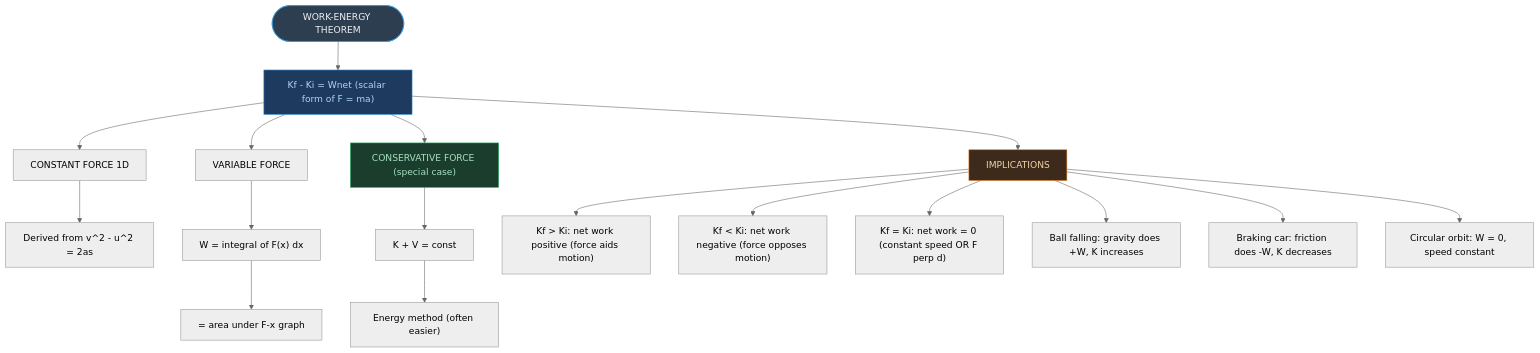
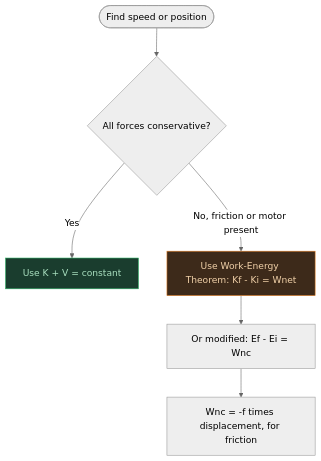
Before and after one commit to fsr-science/NCERT-Science: the eighth of 8 diagrams in AI-NOTES/PHYSICS/PHYSICS05-WORK_ENERGY_AND_POWER/PHYSICS05-WORK_ENERGY_AND_POWER-CNOTES.md, drawn with Mermaid (neutral theme). The commit also changed other lines of this file and 3 other files, not shown here.

````diff
--- a/AI-NOTES/PHYSICS/PHYSICS05-WORK_ENERGY_AND_POWER/PHYSICS05-WORK_ENERGY_AND_POWER-CNOTES.md
+++ b/AI-NOTES/PHYSICS/PHYSICS05-WORK_ENERGY_AND_POWER/PHYSICS05-WORK_ENERGY_AND_POWER-CNOTES.md
@@ -326,30 +498,11 @@
 ```mermaid
 flowchart TD
-    ROOT(["WORK-ENERGY THEOREM"])
-    ROOT --> STMT["Kf - Ki = Wnet (scalar form of F = ma)"]
+    A(["Find speed or position"]) --> B{"All forces conservative?"}
+    B -->|Yes| C["Use K + V = constant"]
+    B -->|"No, friction or motor present"| D["Use Work-Energy Theorem: Kf - Ki = Wnet"]
+    D --> D2["Or modified: Ef - Ei = Wnc"]
+    D2 --> D3["Wnc = -f times displacement, for friction"]
 
-    STMT --> CONST["CONSTANT FORCE 1D"]
-    STMT --> VAR["VARIABLE FORCE"]
-    STMT --> CONSV["CONSERVATIVE FORCE (special case)"]
-
-    CONST --> CONST1["Derived from v^2 - u^2 = 2as"]
-
-    VAR --> VAR1["W = integral of F(x) dx"]
-    VAR1 --> VAR2["= area under F-x graph"]
-
-    CONSV --> CONSV1["K + V = const"]
-    CONSV1 --> CONSV2["Energy method (often easier)"]
-
-    STMT --> IMP["IMPLICATIONS"]
-    IMP --> IMP1["Kf > Ki: net work positive (force aids motion)"]
-    IMP --> IMP2["Kf < Ki: net work negative (force opposes motion)"]
-    IMP --> IMP3["Kf = Ki: net work = 0 (constant speed OR F perp d)"]
-    IMP --> IMP4["Ball falling: gravity does +W, K increases"]
-    IMP --> IMP5["Braking car: friction does -W, K decreases"]
-    IMP --> IMP6["Circular orbit: W = 0, speed constant"]
-
-    style ROOT fill:#2c3e50,color:#ecf0f1,stroke:#3498db
-    style STMT fill:#1e3a5f,color:#aed6f1,stroke:#3498db
-    style CONSV fill:#1a3d2e,color:#a9dfbf,stroke:#27ae60
-    style IMP fill:#3d2a1a,color:#f0d0a8,stroke:#e67e22
+    style C fill:#1a3d2e,color:#a9dfbf,stroke:#27ae60
+    style D fill:#3d2a1a,color:#f0d0a8,stroke:#e67e22
 ```
````
